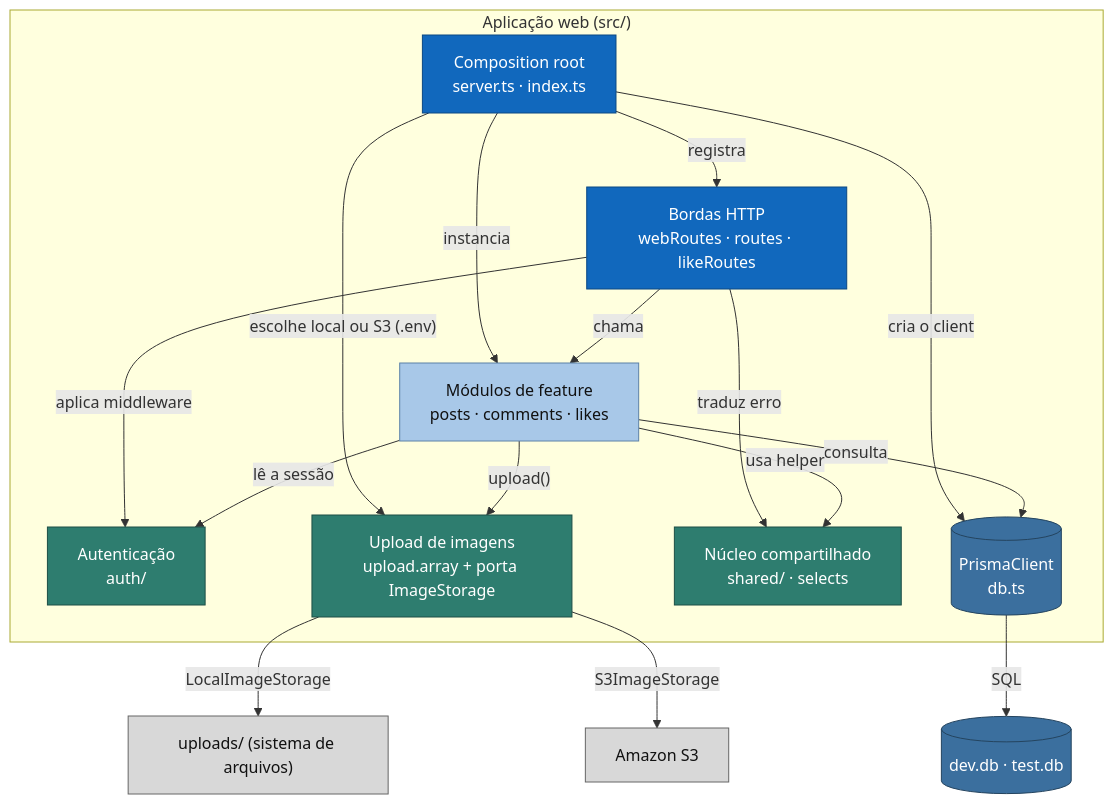
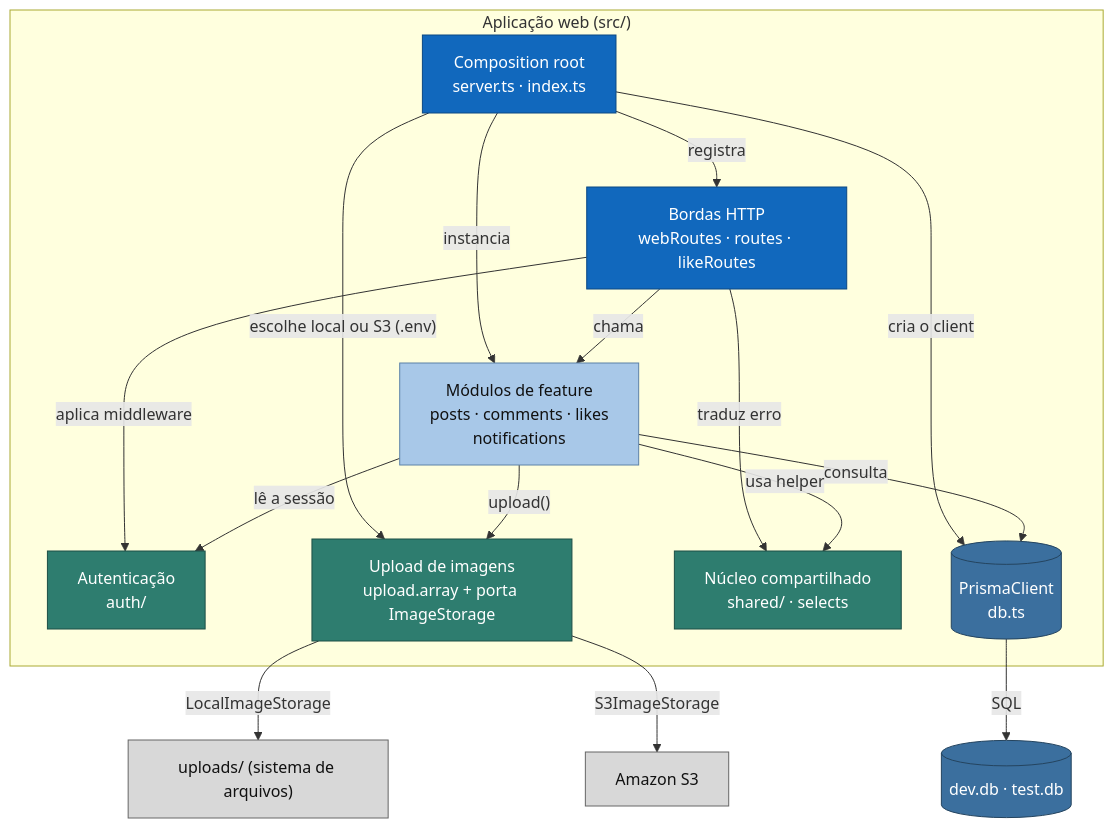
One commit to robertoSilva-ux/redesocial changed the fourth of 4 diagrams in docs/arquitetura/c4.md. Above: the diagram before and after it, drawn with Mermaid. The commit also changed other lines of this file and 12 other files, not shown here.

````diff
--- a/docs/arquitetura/c4.md
+++ b/docs/arquitetura/c4.md
@@ -168,37 +167,37 @@
 ```mermaid
 flowchart TB
   subgraph app["Aplicação web (src/)"]
     boot["Composition root<br/>server.ts · index.ts"]:::borda
     bordas["Bordas HTTP<br/>webRoutes · routes · likeRoutes"]:::borda
-    modulos["Módulos de feature<br/>posts · comments · likes"]:::modulo
+    modulos["Módulos de feature<br/>posts · comments · likes<br/>notifications"]:::modulo
     auth["Autenticação<br/>auth/"]:::transversal
     uploads["Upload de imagens<br/>upload.array + porta ImageStorage"]:::transversal
     shared["Núcleo compartilhado<br/>shared/ · selects"]:::transversal
     db[("PrismaClient<br/>db.ts")]:::dados
   end
 
   fs["uploads/ (sistema de arquivos)"]:::externo
   s3["Amazon S3"]:::externo
   sqlite[("dev.db · test.db")]:::dados
 
   boot -->|"registra"| bordas
   boot -->|"instancia"| modulos
   boot -->|"escolhe local ou S3 (.env)"| uploads
   boot -->|"cria o client"| db
   bordas -->|"chama"| modulos
   bordas -->|"aplica middleware"| auth
   bordas -->|"traduz erro"| shared
   modulos -->|"lê a sessão"| auth
   modulos -->|"upload()"| uploads
   modulos -->|"consulta"| db
   modulos -->|"usa helper"| shared
   uploads -->|"LocalImageStorage"| fs
   uploads -->|"S3ImageStorage"| s3
   db -->|"SQL"| sqlite
 
   classDef externo fill:#d8d8d8,stroke:#666,color:#111
   classDef borda fill:#1168bd,stroke:#0b4884,color:#fff
   classDef modulo fill:#a8c8e8,stroke:#5d82a8,color:#111
   classDef transversal fill:#2e7d6f,stroke:#1d4f46,color:#fff
   classDef dados fill:#3b6f9e,stroke:#24445f,color:#fff
 ```
````
